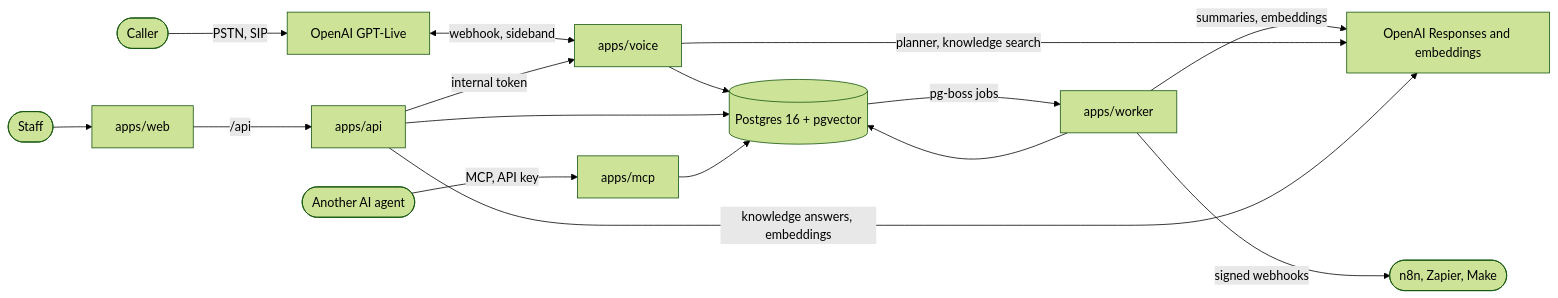
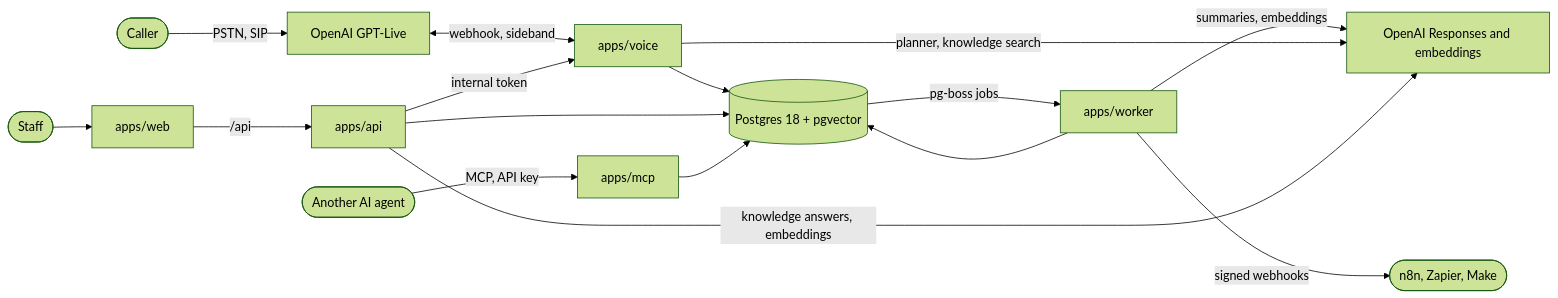
One commit to Elegant-IT-Limited/attendra changed the first of 2 diagrams in docs/architecture.md. Above: the diagram before and after it, drawn with Mermaid (forest theme). The commit also changed other lines of this file and 24 other files, not shown here.

````diff
--- a/docs/architecture.md
+++ b/docs/architecture.md
@@ -40,17 +40,17 @@
 ```mermaid
 flowchart LR
   caller([Caller]) -->|PSTN, SIP| openai[OpenAI GPT-Live]
   openai <-->|webhook, sideband| voice[apps/voice]
   staff([Staff]) --> web[apps/web] -->|/api| api[apps/api]
   api -->|internal token| voice
   agent([Another AI agent]) -->|MCP, API key| mcp[apps/mcp]
-  voice --> pg[(Postgres 16 + pgvector)]
+  voice --> pg[(Postgres 18 + pgvector)]
   api --> pg
   mcp --> pg
   worker[apps/worker] --> pg
   pg -->|pg-boss jobs| worker
   worker -->|summaries, embeddings| models[OpenAI Responses and embeddings]
   voice -->|planner, knowledge search| models
   api -->|knowledge answers, embeddings| models
   worker -->|signed webhooks| receivers([n8n, Zapier, Make])
 ```
````
